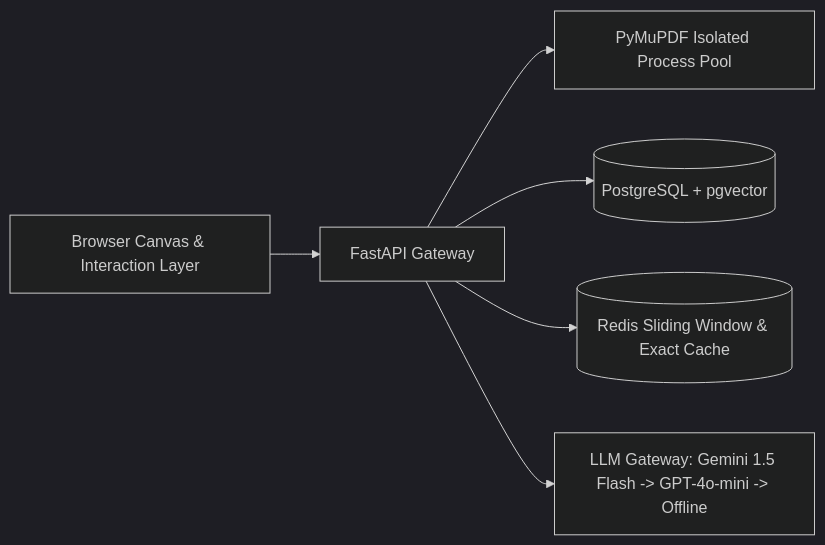
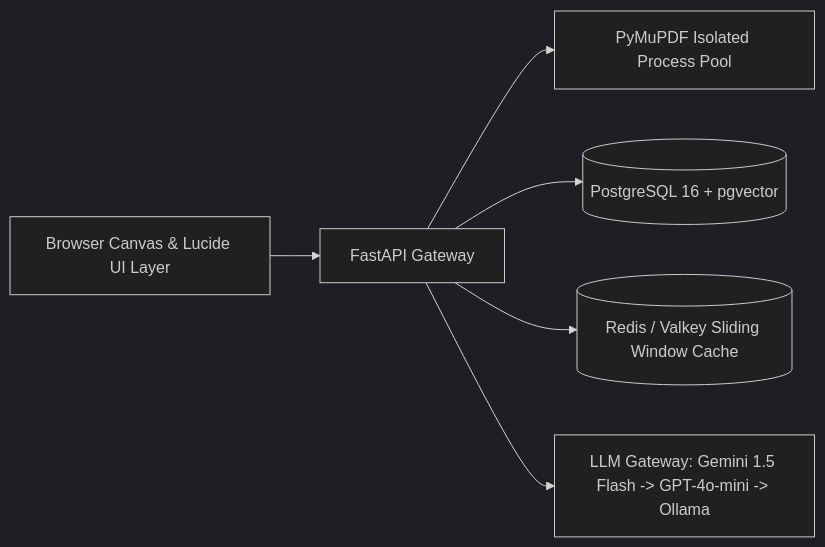
Before and after one commit to ManoharVit/Vellakshya: the diagram in README.md, drawn with Mermaid (dark theme). The commit also changed other lines of this file and 4 other files, not shown here.

Commit message:
docs(readme): add live GCP/Firebase links, remove Netlify references, and update design architecture

````diff
--- a/README.md
+++ b/README.md
@@ -27,8 +39,8 @@
 ```mermaid
 flowchart LR
-  UI[Browser Canvas & Interaction Layer] --> API[FastAPI Gateway]
+  UI[Browser Canvas & Lucide UI Layer] --> API[FastAPI Gateway]
   API --> PDF[PyMuPDF Isolated Process Pool]
-  API --> DB[(PostgreSQL + pgvector)]
-  API --> R[(Redis Sliding Window & Exact Cache)]
-  API --> LLM[LLM Gateway: Gemini 1.5 Flash -> GPT-4o-mini -> Offline]
+  API --> DB[(PostgreSQL 16 + pgvector)]
+  API --> R[(Redis / Valkey Sliding Window Cache)]
+  API --> LLM[LLM Gateway: Gemini 1.5 Flash -> GPT-4o-mini -> Ollama]
 ```
````
